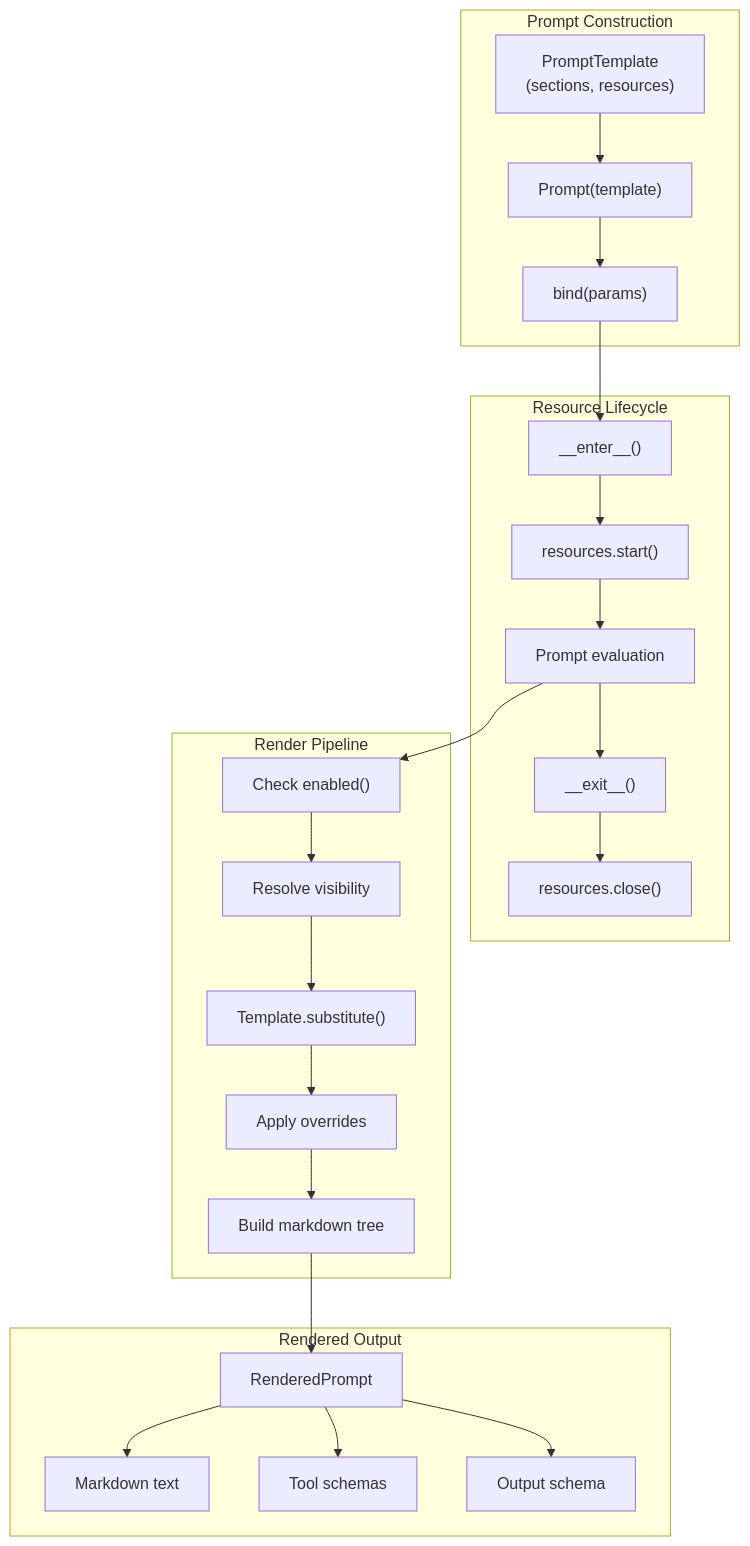
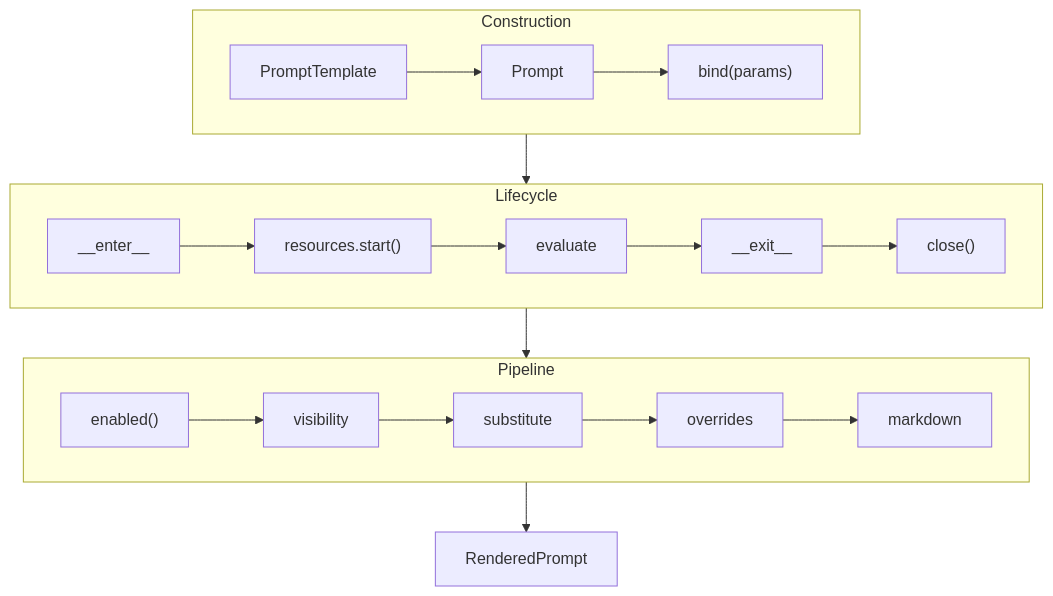
One commit to weakincentives/weakincentives changed the diagram in specs/PROMPTS.md. Above: the diagram before and after it, drawn with Mermaid. The commit also changed other lines of this file and 34 other files, not shown here.

````diff
--- a/specs/PROMPTS.md
+++ b/specs/PROMPTS.md
@@ -24,41 +15,13 @@
 ```mermaid
 flowchart TB
-    subgraph Construction["Prompt Construction"]
-        Template["PromptTemplate<br/>(sections, resources)"]
-        Prompt["Prompt(template)"]
-        Bind["bind(params)"]
+    subgraph Build["Construction"]
+        Template["PromptTemplate"] --> Prompt --> Bind["bind(params)"]
     end
-
-    subgraph Lifecycle["Resource Lifecycle"]
-        Enter["__enter__()"]
-        Start["resources.start()"]
-        Use["Prompt evaluation"]
-        Exit["__exit__()"]
-        Close["resources.close()"]
+    subgraph Life["Lifecycle"]
+        Enter["__enter__"] --> Start["resources.start()"] --> Use["evaluate"] --> Exit["__exit__"] --> Close["close()"]
     end
-
-    subgraph Rendering["Render Pipeline"]
-        CheckEnabled["Check enabled()"]
-        CheckVisibility["Resolve visibility"]
-        Substitute["Template.substitute()"]
-        ApplyOverrides["Apply overrides"]
-        BuildMarkdown["Build markdown tree"]
+    subgraph Render["Pipeline"]
+        Check["enabled()"] --> Vis["visibility"] --> Sub["substitute"] --> Over["overrides"] --> MD["markdown"]
     end
-
-    subgraph Output["Rendered Output"]
-        RenderedPrompt["RenderedPrompt"]
-        Text["Markdown text"]
-        Tools["Tool schemas"]
-        OutputSchema["Output schema"]
-    end
-
-    Template --> Prompt --> Bind
-    Bind --> Enter --> Start --> Use
-    Use --> CheckEnabled --> CheckVisibility --> Substitute
-    Substitute --> ApplyOverrides --> BuildMarkdown
-    BuildMarkdown --> RenderedPrompt
-    RenderedPrompt --> Text
-    RenderedPrompt --> Tools
-    RenderedPrompt --> OutputSchema
-    Use --> Exit --> Close
+    Build --> Life --> Render --> Out["RenderedPrompt"]
 ```
````
